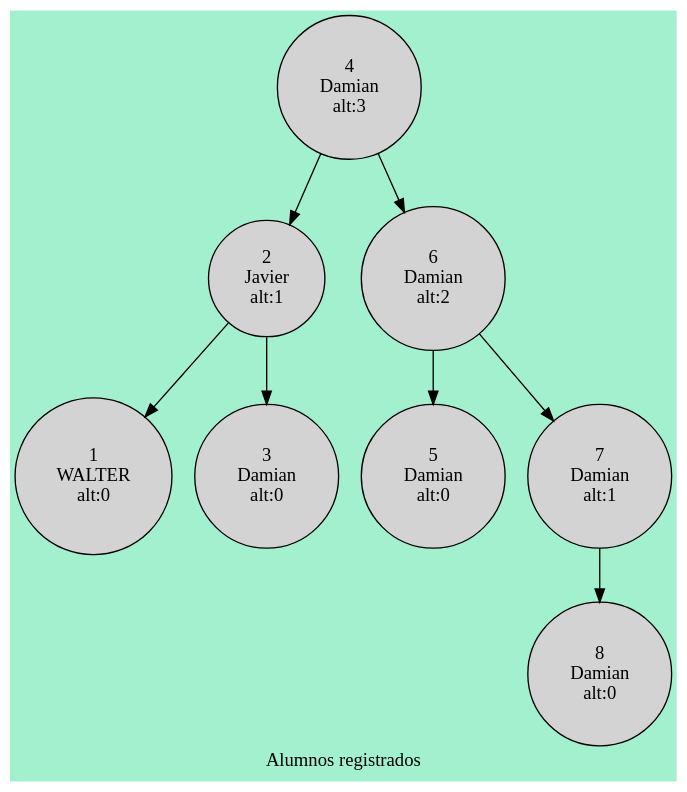
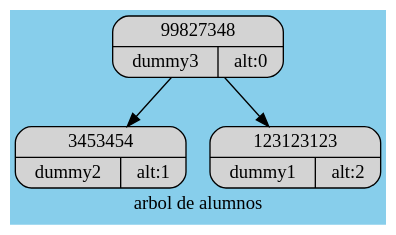
Before and after one commit to walterjav19/EDD_Proyecto1_Fase2: the diagram in ejemplo.dot, drawn with Graphviz. The commit also changed 10 other files, not shown here.

```diff
--- a/ejemplo.dot
+++ b/ejemplo.dot
@@ -1,18 +1,2 @@
-digraph ArbolAvl{bgcolor = "#A3F0CF" 
- Nodoid03a088f1f920c  [shape=circle label = "4
-Damian 
- alt:3 "style =filled]  Nodoid20d64538d8bcb  [shape=circle label = "2
-Javier 
- alt:1 "style =filled]  Nodoid1fbc4479953  [shape=circle label = "1
-WALTER 
- alt:0 "style =filled]  Nodoid20d64538d8bcb -> Nodoid1fbc4479953 Nodoid902160fc5849f  [shape=circle label = "3
-Damian 
- alt:0 "style =filled]  Nodoid20d64538d8bcb -> Nodoid902160fc5849f Nodoid03a088f1f920c -> Nodoid20d64538d8bcb Nodoidd5373f0c18598  [shape=circle label = "6
-Damian 
- alt:2 "style =filled]  Nodoida74a19fbf51c3  [shape=circle label = "5
-Damian 
- alt:0 "style =filled]  Nodoidd5373f0c18598 -> Nodoida74a19fbf51c3 Nodoid95be3109a6d1c  [shape=circle label = "7
-Damian 
- alt:1 "style =filled]  Nodoid89b8c69dd4c69  [shape=circle label = "8
-Damian 
- alt:0 "style =filled]  Nodoid95be3109a6d1c -> Nodoid89b8c69dd4c69 Nodoidd5373f0c18598 -> Nodoid95be3109a6d1c Nodoid03a088f1f920c -> Nodoidd5373f0c18598 label="Alumnos registrados"}
+digraph ArbolAvl{
+ Nodoidf7c1b9102d4d4  [shape=Mrecord label = "{{99827348}|{dummy3 |alt:0}} " style=filled]  Nodoidc1deef103fab6  [shape=Mrecord label = "{{3453454}|{dummy2 |alt:1}} " style=filled]  Nodoidf7c1b9102d4d4 -> Nodoidc1deef103fab6 Nodoid257185944150d  [shape=Mrecord label = "{{123123123}|{dummy1 |alt:2}} " style=filled]  Nodoidf7c1b9102d4d4 -> Nodoid257185944150d label="arbol de alumnos" bgcolor="skyblue"}
```
